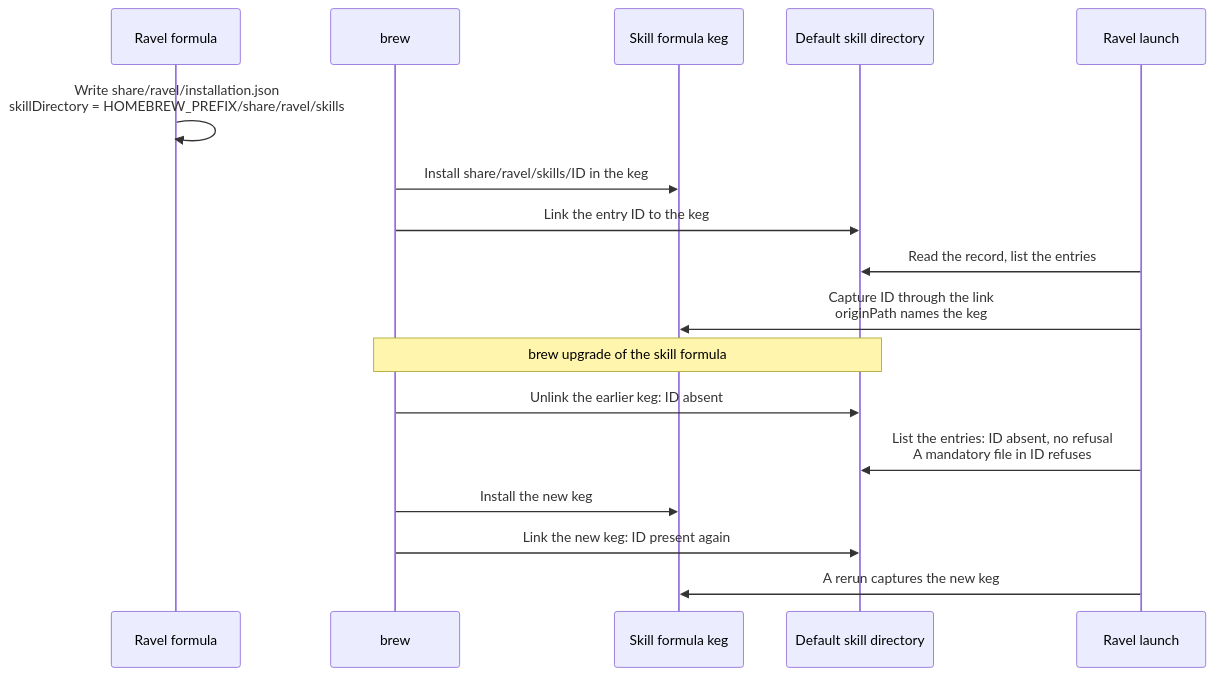
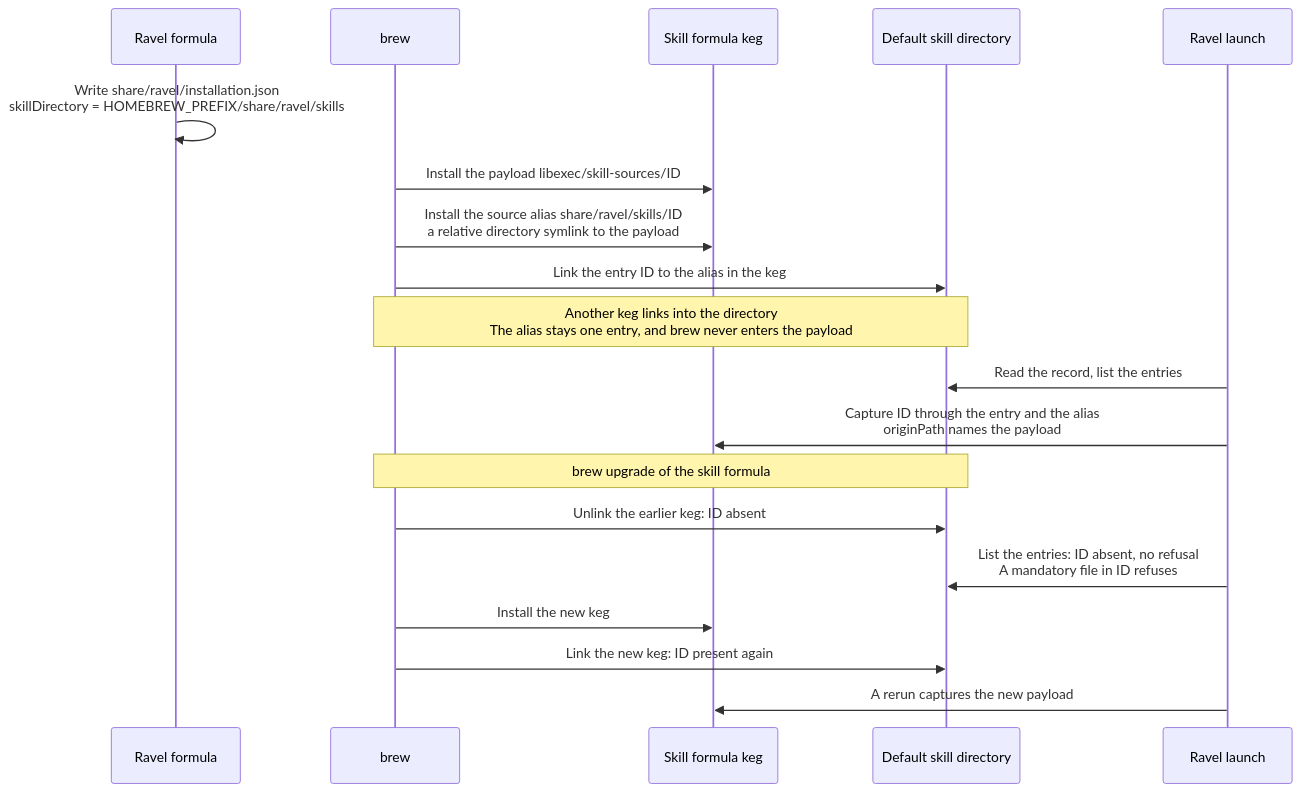
Before and after one commit to Linkuistics/Ravel: the diagram in docs/design/skill-discovery/homebrew-directory.mmd, drawn with Mermaid. The commit also changed 6 other files, not shown here.

First line of the commit message:
Show the source alias layout in the default skill directory guidance (ravel-packaging-guidance-k301)

```diff
--- a/docs/design/skill-discovery/homebrew-directory.mmd
+++ b/docs/design/skill-discovery/homebrew-directory.mmd
@@ -1,17 +1,19 @@
 sequenceDiagram
   participant F as Ravel formula
   participant B as brew
   participant K as Skill formula keg
   participant D as Default skill directory
   participant R as Ravel launch
   F->>F: Write share/ravel/installation.json<br/>skillDirectory = HOMEBREW_PREFIX/share/ravel/skills
-  B->>K: Install share/ravel/skills/ID in the keg
-  B->>D: Link the entry ID to the keg
+  B->>K: Install the payload libexec/skill-sources/ID
+  B->>K: Install the source alias share/ravel/skills/ID<br/>a relative directory symlink to the payload
+  B->>D: Link the entry ID to the alias in the keg
+  Note over B,D: Another keg links into the directory<br/>The alias stays one entry, and brew never enters the payload
   R->>D: Read the record, list the entries
-  R->>K: Capture ID through the link<br/>originPath names the keg
+  R->>K: Capture ID through the entry and the alias<br/>originPath names the payload
   Note over B,D: brew upgrade of the skill formula
   B->>D: Unlink the earlier keg: ID absent
   R->>D: List the entries: ID absent, no refusal<br/>A mandatory file in ID refuses
   B->>K: Install the new keg
   B->>D: Link the new keg: ID present again
-  R->>K: A rerun captures the new keg
+  R->>K: A rerun captures the new payload
```
